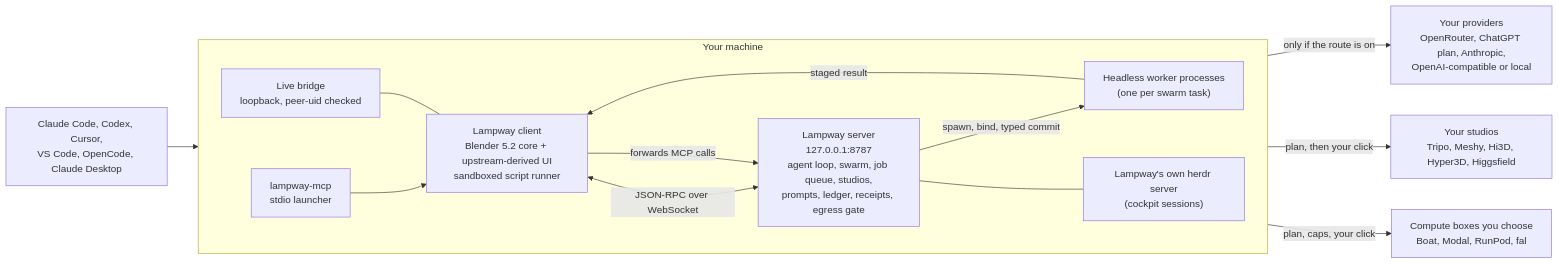
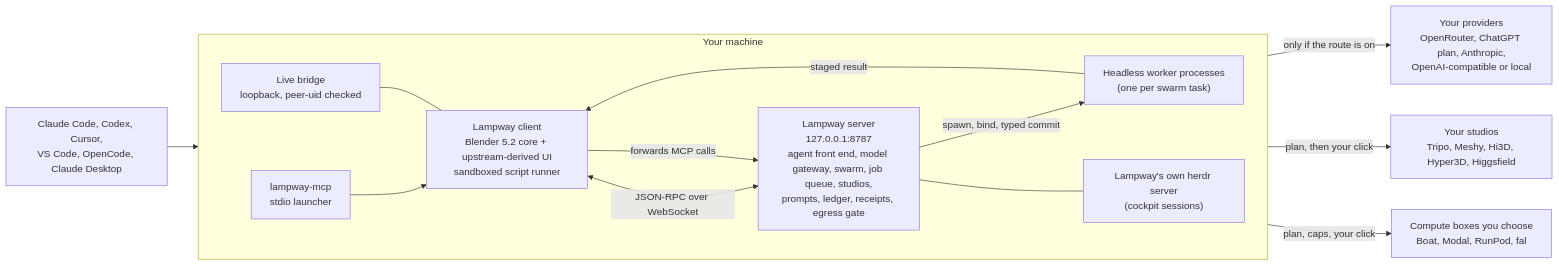
Before and after one commit to Keigyoku/lampway: the diagram in README.md, drawn with Mermaid. The commit also changed other lines of this file and 36 other files, not shown here.

````diff
--- a/README.md
+++ b/README.md
@@ -105,26 +105,26 @@
 ```mermaid
 flowchart LR
   subgraph You["Your machine"]
     direction LR
     App["Lampway client\nBlender 5.2 core + upstream-derived UI\nsandboxed script runner"]
-    Srv["Lampway server\n127.0.0.1:8787\nagent loop, swarm, job queue, studios,\nprompts, ledger, receipts, egress gate"]
+    Srv["Lampway server\n127.0.0.1:8787\nagent front end, model gateway, swarm, job queue, studios,\nprompts, ledger, receipts, egress gate"]
     Wk["Headless worker processes\n(one per swarm task)"]
     Br["Live bridge\nloopback, peer-uid checked"]
     MCP["lampway-mcp\nstdio launcher"]
     Herdr["Lampway's own herdr server\n(cockpit sessions)"]
   end
   Apps["Claude Code, Codex, Cursor,\nVS Code, OpenCode, Claude Desktop"]
   Prov["Your providers\nOpenRouter, ChatGPT plan, Anthropic,\nOpenAI-compatible or local"]
   Stu["Your studios\nTripo, Meshy, Hi3D, Hyper3D, Higgsfield"]
   Cloud["Compute boxes you choose\nBoat, Modal, RunPod, fal"]
   App <-- "JSON-RPC over WebSocket" --> Srv
   Srv -- "spawn, bind, typed commit" --> Wk
   Wk -- "staged result" --> App
   Srv -- "only if the route is on" --> Prov
   Srv -- "plan, then your click" --> Stu
   Srv -- "plan, caps, your click" --> Cloud
   Srv --- Herdr
   Apps --> MCP --> App
   App -- "forwards MCP calls" --> Srv
   Br --- App
 ```
````
